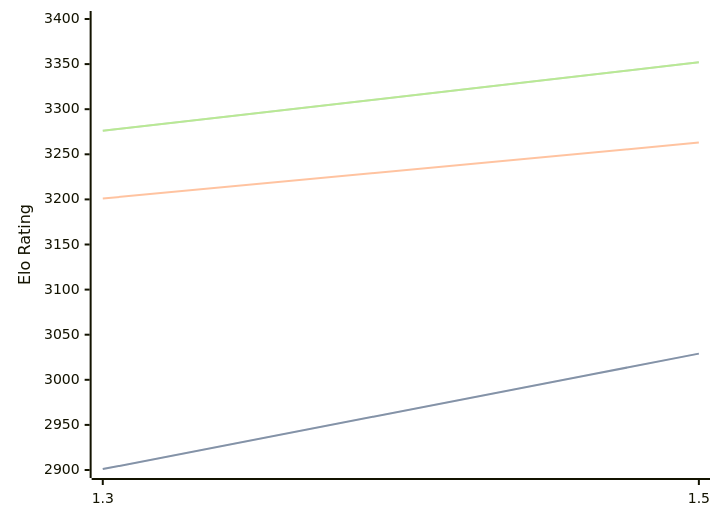
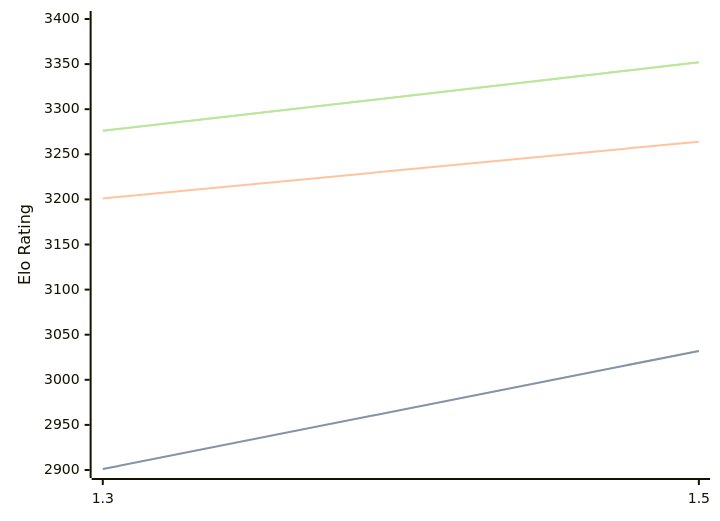
The diagram in engines/Lambergar.md (computer-chess-index/cci), drawn with Mermaid before and after one commit. The commit also changed other lines of this file, not shown here.

````diff
--- a/engines/Lambergar.md
+++ b/engines/Lambergar.md
@@ -32,11 +32,11 @@
 ```mermaid
 %%{init: {"theme":"base","themeVariables":{"seriesColors:['#a3a3a3','#222221','#faa371']}}}%%
 xychart-beta
   x-axis ["1.3", "1.5"]
   y-axis "Elo Rating" 2900 --> 3400
-  line "STC (8.0+0.08s)" [2901, 3029]
-  line "STC (8.0+0.08s)" [2901, 3029]
-  line "LTC (60.0+0.60s)" [3201, 3263]
+  line "STC (8.0+0.08s)" [2901, 3032]
+  line "STC (8.0+0.08s)" [2901, 3032]
+  line "LTC (60.0+0.60s)" [3201, 3264]
   line "VLTC (2m24s+1.12s)" [3276, 3352]
   line "VLTC (2m24s+1.12s)" [3276, 3352]
 ```
````
